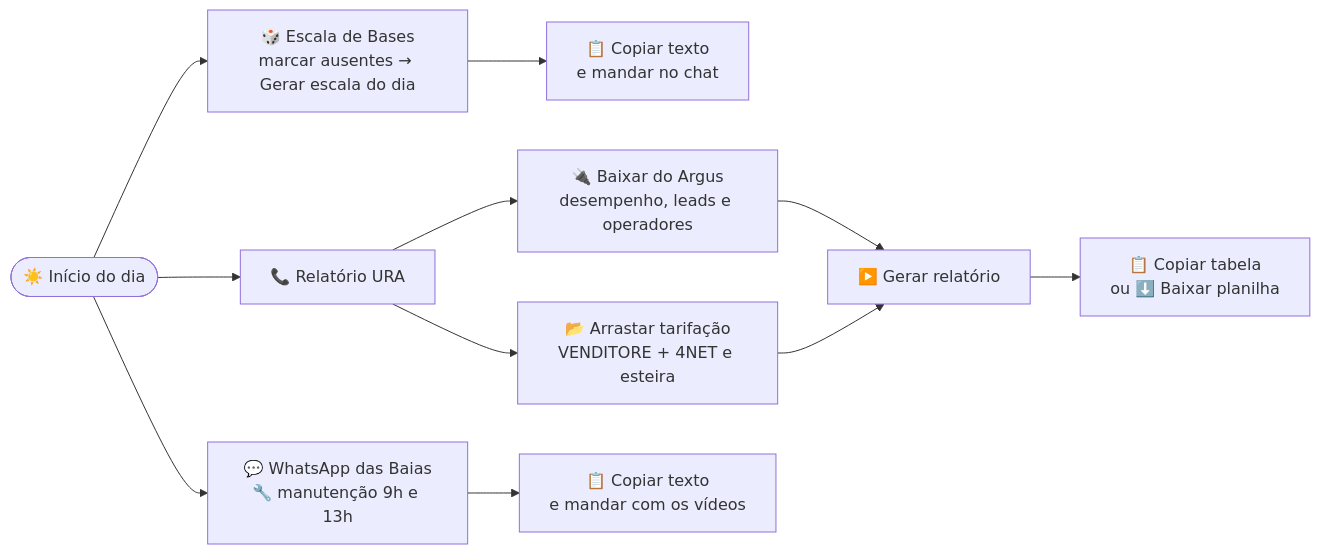
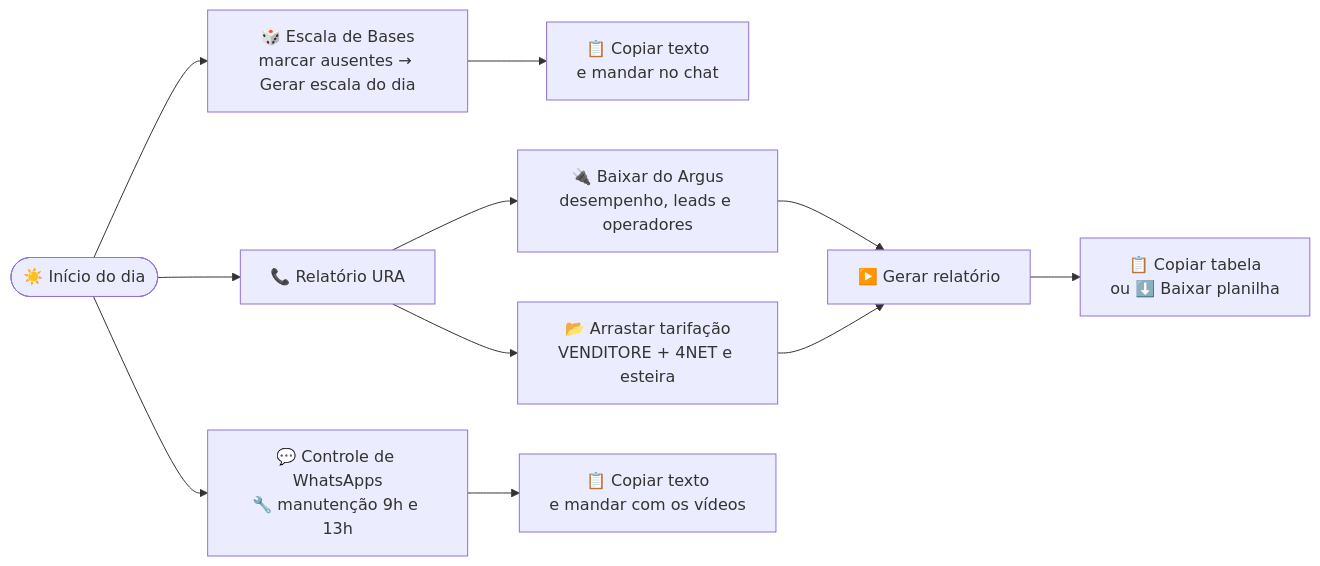
The first of 2 diagrams in README.md (ProfetaSaru/BENHERMES), drawn with Mermaid before and after one commit. The commit also changed other lines of this file and 14 other files, not shown here.

First line of the commit message:
refactor(whatsapp): renomear "WhatsApp das Baias" para "Controle de WhatsApps"

````diff
--- a/README.md
+++ b/README.md
@@ -59,13 +59,13 @@
 ```mermaid
 flowchart LR
     A([☀️ Início do dia]) --> B[🎲 Escala de Bases<br/>marcar ausentes → Gerar escala do dia]
     B --> C[📋 Copiar texto<br/>e mandar no chat]
     A --> D[📞 Relatório URA]
     D --> E[🔌 Baixar do Argus<br/>desempenho, leads e operadores]
     D --> F[📂 Arrastar tarifação<br/>VENDITORE + 4NET e esteira]
     E --> G[▶️ Gerar relatório]
     F --> G
     G --> H[📋 Copiar tabela<br/>ou ⬇️ Baixar planilha]
-    A --> I[💬 WhatsApp das Baias<br/>🔧 manutenção 9h e 13h]
+    A --> I[💬 Controle de WhatsApps<br/>🔧 manutenção 9h e 13h]
     I --> J[📋 Copiar texto<br/>e mandar com os vídeos]
 ```
````
